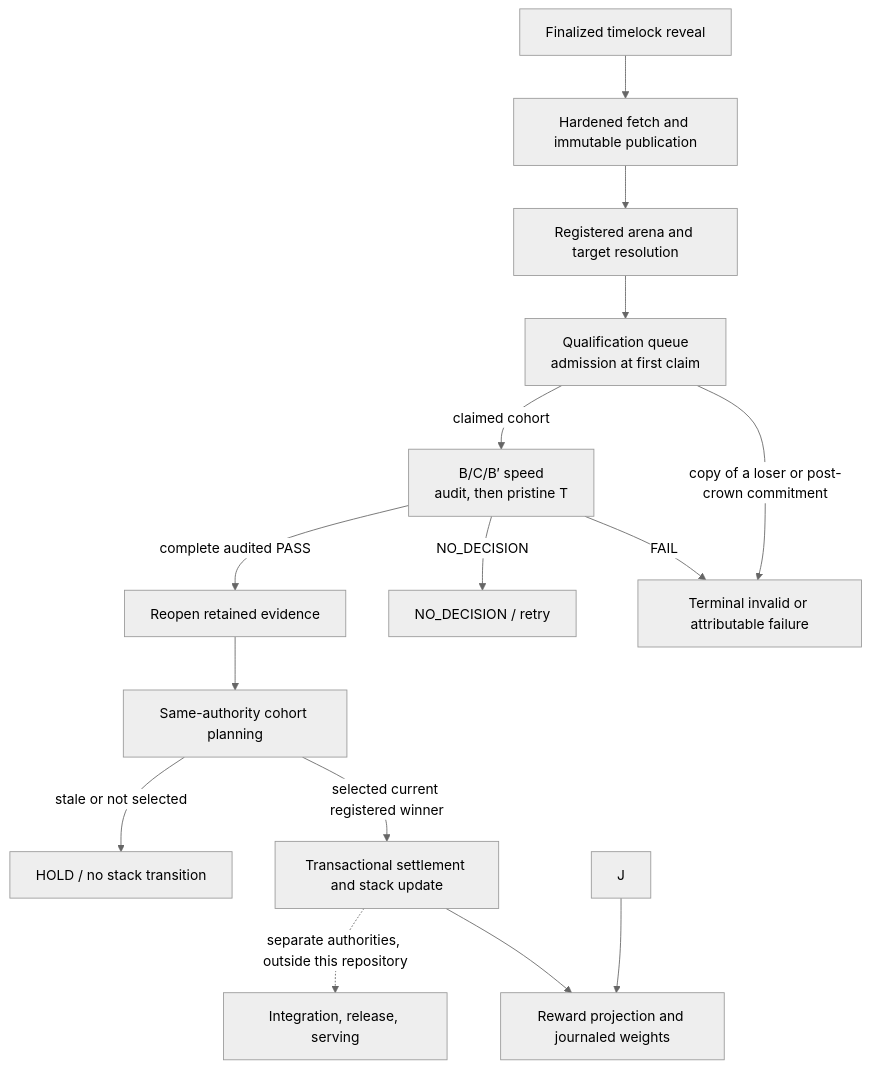
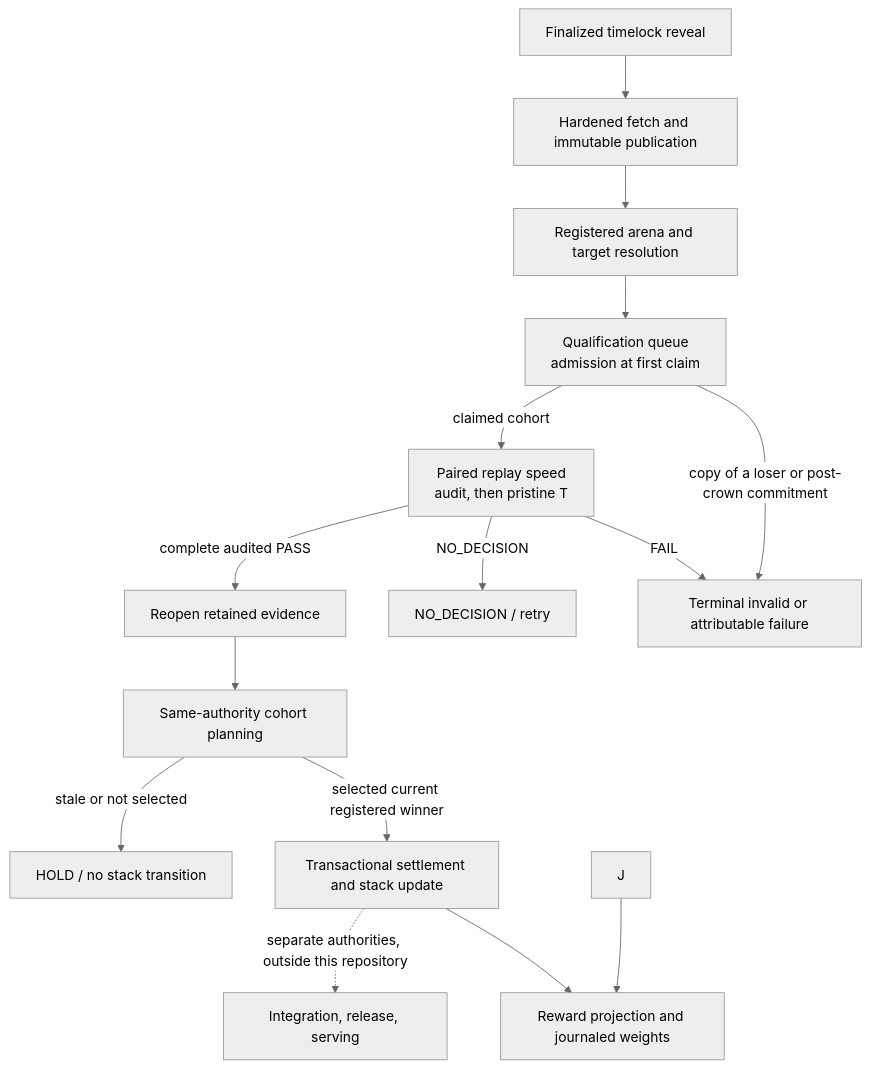
Before and after one commit to latent-to/cacheon: the diagram in docs/architecture/pipeline.md, drawn with Mermaid (neutral theme). The commit also changed other lines of this file and 88 other files, not shown here.

````diff
--- a/docs/architecture/pipeline.md
+++ b/docs/architecture/pipeline.md
@@ -33,17 +33,17 @@
 ```mermaid
 flowchart TD
     A["Finalized timelock reveal"] --> B["Hardened fetch and immutable publication"]
     B --> C["Registered arena and target resolution"]
     C --> D["Qualification queue<br/>admission at first claim"]
     D -->|"copy of a loser or post-crown commitment"| F["Terminal invalid or attributable failure"]
-    D -->|"claimed cohort"| Q["B/C/B′ speed<br/>audit, then pristine T"]
+    D -->|"claimed cohort"| Q["Paired replay speed<br/>audit, then pristine T"]
     Q -->|"FAIL"| F
     Q -->|"NO_DECISION"| N["NO_DECISION / retry"]
     Q -->|"complete audited PASS"| S["Reopen retained evidence"]
     S --> G["Same-authority cohort planning"]
     G -->|"selected current registered winner"| T["Transactional settlement and stack update"]
     G -->|"stale or not selected"| H["HOLD / no stack transition"]
     T --> W["Reward projection and journaled weights"]
     J --> W
     T -. "separate authorities, outside this repository" .-> I["Integration, release, serving"]
 ```
````
